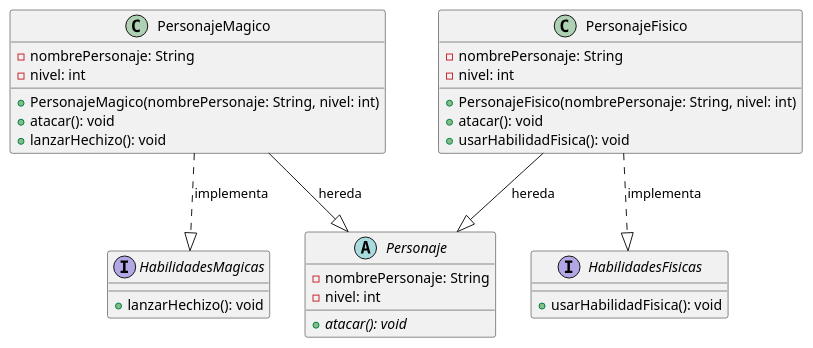
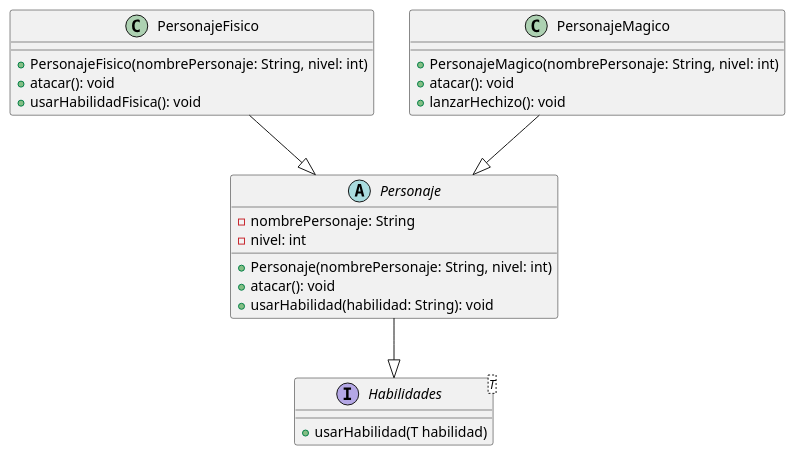
Before and after one commit to DorianYael1223/EjercicioHerencia2: the diagram in diagrama.wsd, drawn with PlantUML.

Commit message:
"Nuevo diagrama"

```diff
--- a/diagrama.wsd
+++ b/diagrama.wsd
@@ -1,38 +1,34 @@
 @startuml
+
+interface Habilidades<T> {
+  {abstract}
+  +usarHabilidad(T habilidad)
+}
 
 abstract class Personaje {
   -nombrePersonaje: String
   -nivel: int
-  {abstract} +atacar(): void
+  {abstract}
+  +Personaje(nombrePersonaje: String, nivel: int)
+  {abstract}
+  +atacar(): void
+  +usarHabilidad(habilidad: String): void
 }
 
-interface HabilidadesMagicas {
-  +lanzarHechizo(): void
-}
-
-interface HabilidadesFisicas {
+class PersonajeFisico {
+  +PersonajeFisico(nombrePersonaje: String, nivel: int)
+  +atacar(): void
   +usarHabilidadFisica(): void
 }
 
 class PersonajeMagico {
-  -nombrePersonaje: String
-  -nivel: int
   +PersonajeMagico(nombrePersonaje: String, nivel: int)
   +atacar(): void
   +lanzarHechizo(): void
 }
 
-class PersonajeFisico {
-  -nombrePersonaje: String
-  -nivel: int
-  +PersonajeFisico(nombrePersonaje: String, nivel: int)
-  +atacar(): void
-  +usarHabilidadFisica(): void
-}
-
-PersonajeMagico --|> Personaje : hereda
-PersonajeMagico ..|> HabilidadesMagicas : implementa
-PersonajeFisico --|> Personaje : hereda
-PersonajeFisico ..|> HabilidadesFisicas : implementa
+Personaje --|> Habilidades
+PersonajeFisico --|> Personaje
+PersonajeMagico --|> Personaje
 
 @enduml
```
